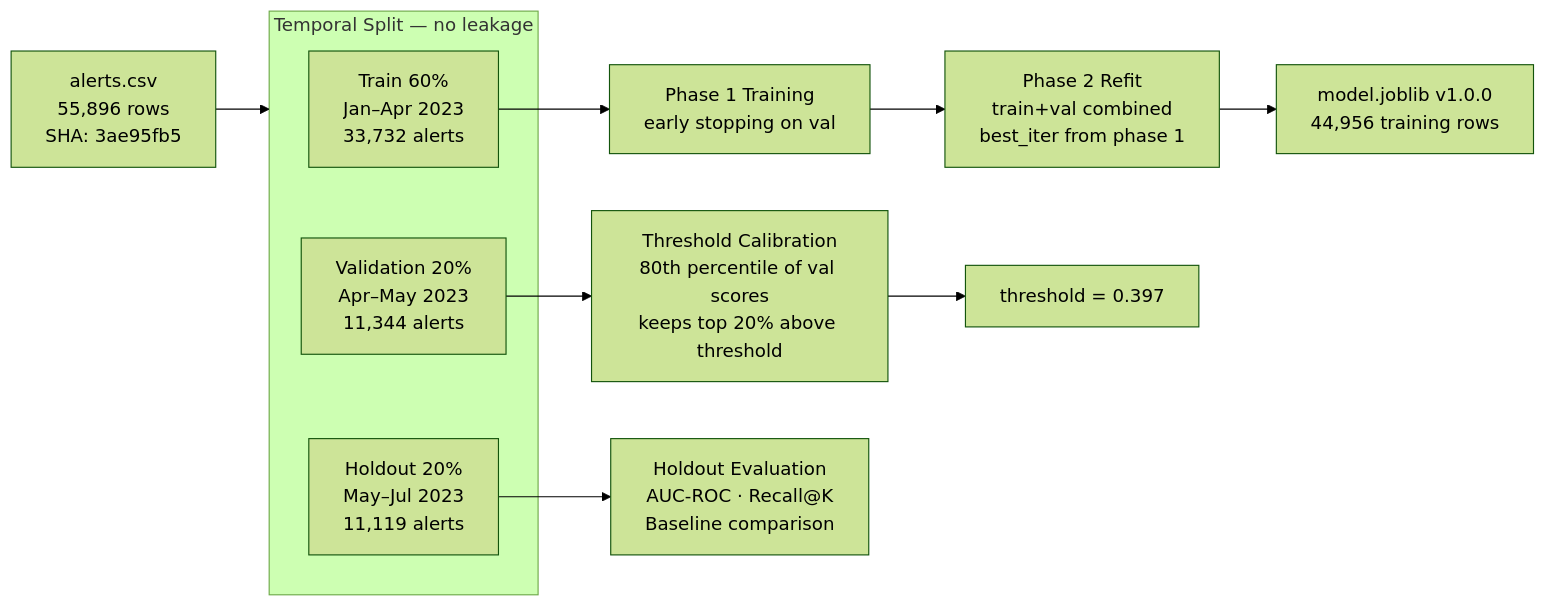
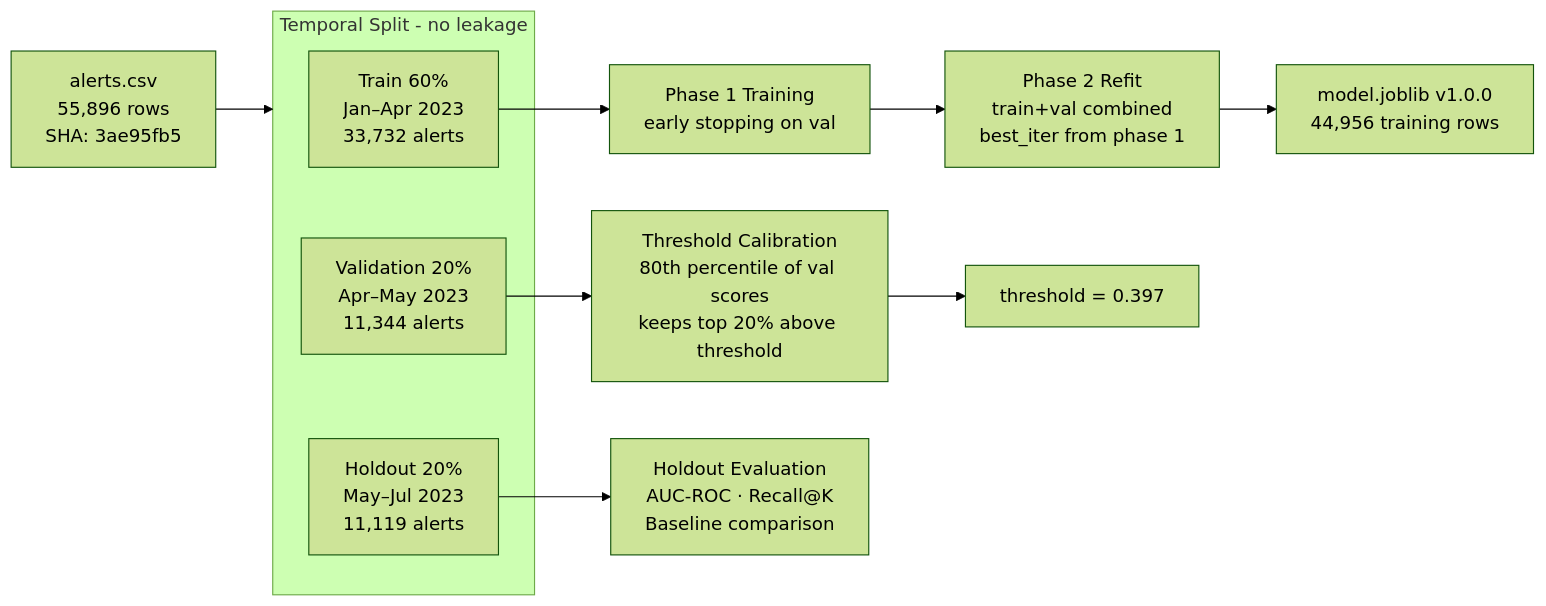
The second of 4 diagrams in README.md (Rithwik23M/AlertIQ), drawn with Mermaid (forest theme) before and after one commit. The commit also changed other lines of this file and 28 other files, not shown here.

````diff
--- a/README.md
+++ b/README.md
@@ -73,17 +73,17 @@
 ```mermaid
 graph LR
     RAW[alerts.csv<br/>55,896 rows<br/>SHA: 3ae95fb5] --> SPLIT
 
-    subgraph SPLIT["Temporal Split — no leakage"]
+    subgraph SPLIT["Temporal Split  -  no leakage"]
         TRAIN[Train 60%<br/>Jan–Apr 2023<br/>33,732 alerts]
         VAL[Validation 20%<br/>Apr–May 2023<br/>11,344 alerts]
         HOLD[Holdout 20%<br/>May–Jul 2023<br/>11,119 alerts]
     end
 
     TRAIN --> PHASE1[Phase 1 Training<br/>early stopping on val]
     PHASE1 --> PHASE2[Phase 2 Refit<br/>train+val combined<br/>best_iter from phase 1]
     PHASE2 --> MODEL[model.joblib v1.0.0<br/>44,956 training rows]
     VAL --> THRESH_CAL[Threshold Calibration<br/>80th percentile of val scores<br/>keeps top 20% above threshold]
     THRESH_CAL --> THRESH_OUT[threshold = 0.397]
     HOLD --> EVAL[Holdout Evaluation<br/>AUC-ROC · Recall@K<br/>Baseline comparison]
 ```
````
